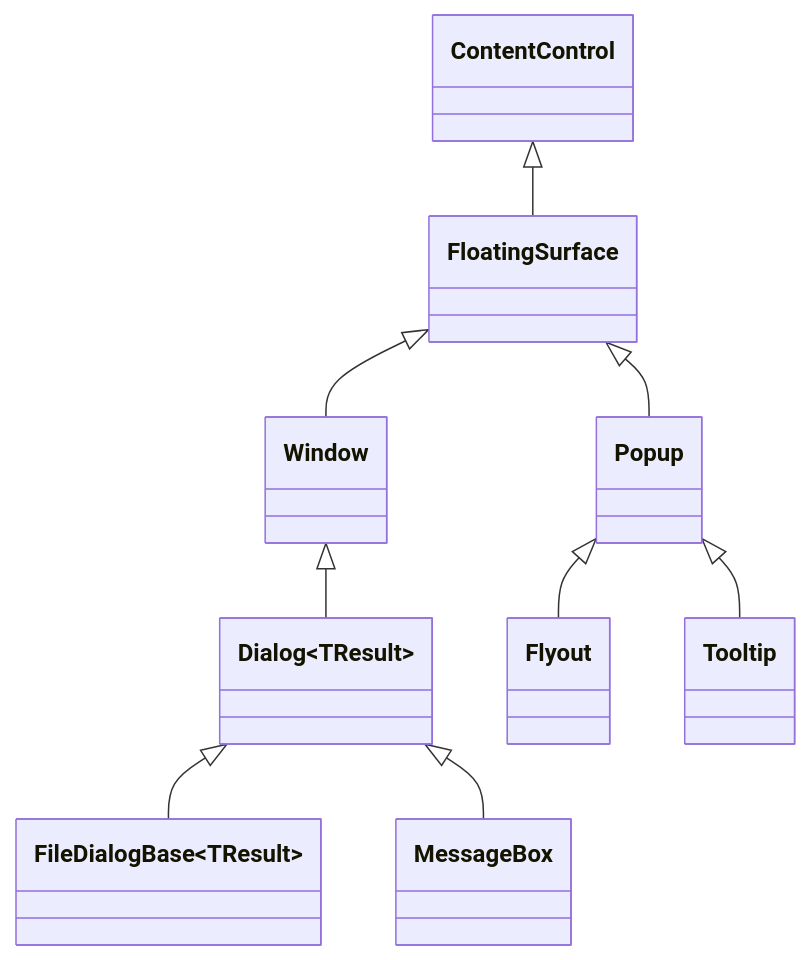
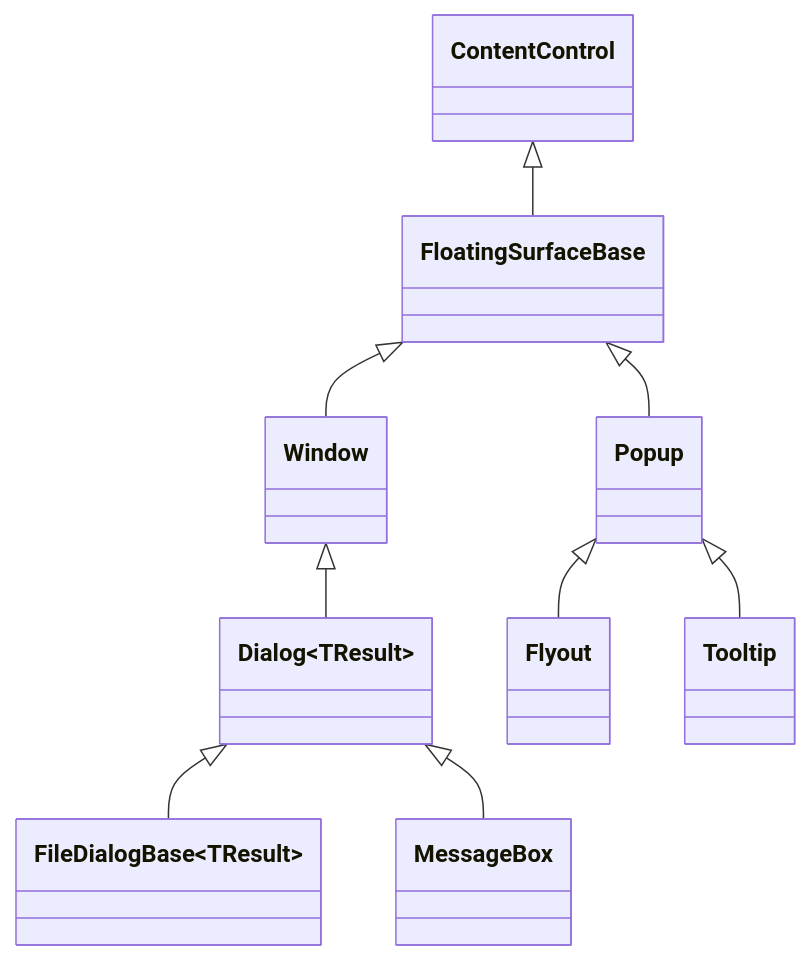
One commit to pavkam/sharp-vision changed the diagram in docs/concepts/floating-surfaces.md. Above: the diagram before and after it, drawn with Mermaid. The commit also changed other lines of this file and 373 other files, not shown here.

````diff
--- a/docs/concepts/floating-surfaces.md
+++ b/docs/concepts/floating-surfaces.md
@@ -10,11 +10,11 @@
 ```mermaid
 classDiagram
-    ContentControl <|-- FloatingSurface
-    FloatingSurface <|-- Window
-    FloatingSurface <|-- Popup
+    ContentControl <|-- FloatingSurfaceBase
+    FloatingSurfaceBase <|-- Window
+    FloatingSurfaceBase <|-- Popup
     Window <|-- Dialog~TResult~
     Dialog~TResult~ <|-- FileDialogBase~TResult~
     Dialog~MessageBoxResult~ <|-- MessageBox
     Popup <|-- Flyout
     Popup <|-- Tooltip
 ```
````
